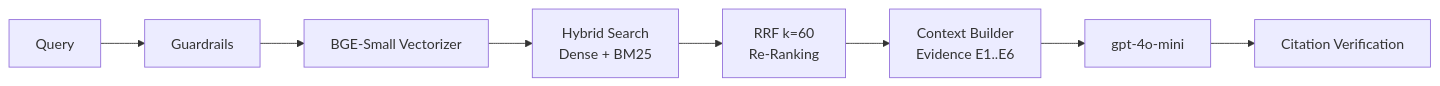
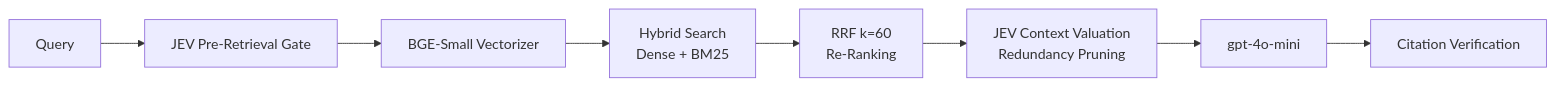
The diagram in README.md (Rudra-P11/techbook-rag), drawn with Mermaid before and after one commit. The commit also changed other lines of this file and 4 other files, not shown here.

Commit message:
feat: integrate JEV System 1 decision engine and Joint Evidential Valuation pipeline

````diff
--- a/README.md
+++ b/README.md
@@ -37,6 +38,6 @@
 ```mermaid
 graph LR
-    Q[Query] --> G[Guardrails] --> E[BGE-Small Vectorizer]
+    Q[Query] --> JEV1[JEV Pre-Retrieval Gate] --> E[BGE-Small Vectorizer]
     E --> H[Hybrid Search<br/>Dense + BM25] --> RRF[RRF k=60<br/>Re-Ranking]
-    RRF --> Ctx[Context Builder<br/>Evidence E1..E6] --> LLM[gpt-4o-mini] --> V[Citation Verification]
+    RRF --> JEV2[JEV Context Valuation<br/>Redundancy Pruning] --> LLM[gpt-4o-mini] --> V[Citation Verification]
 ```
````
